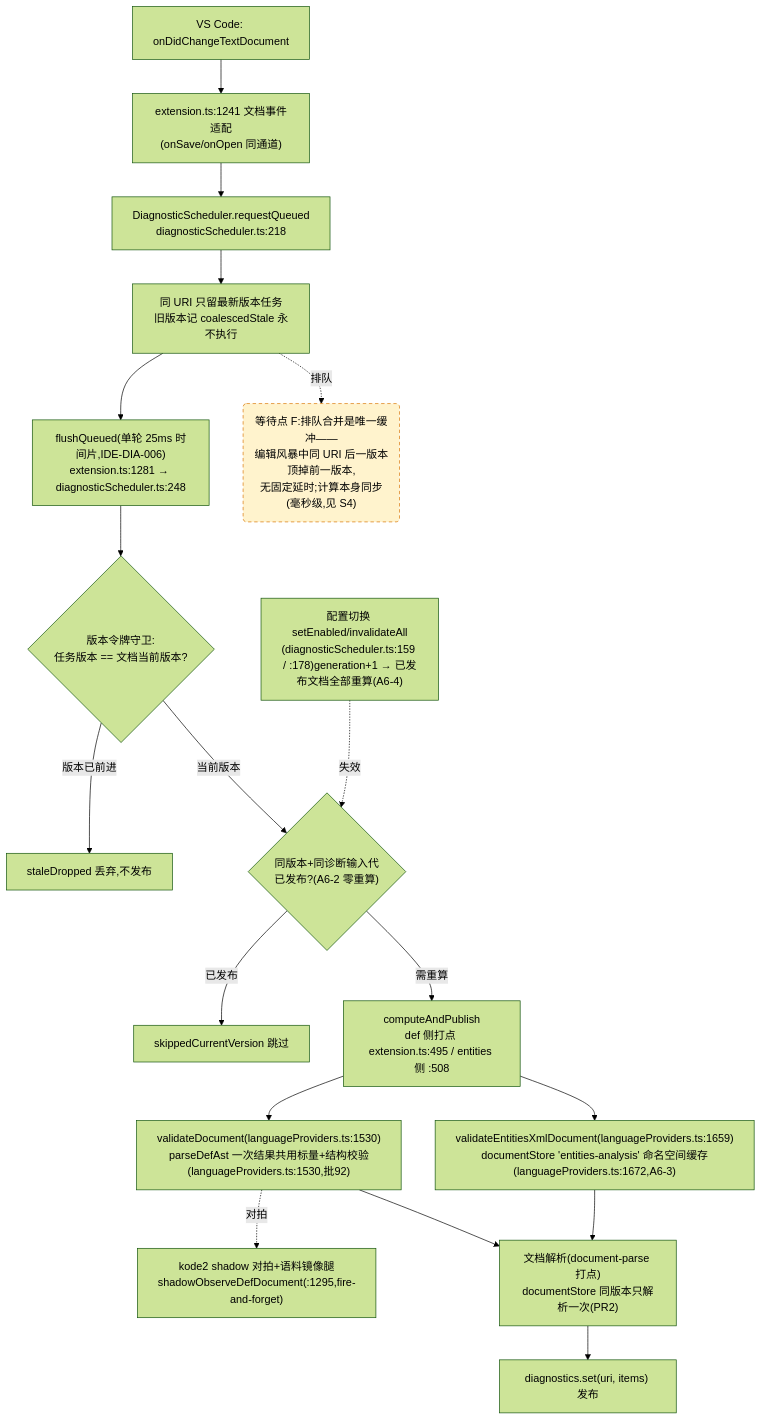
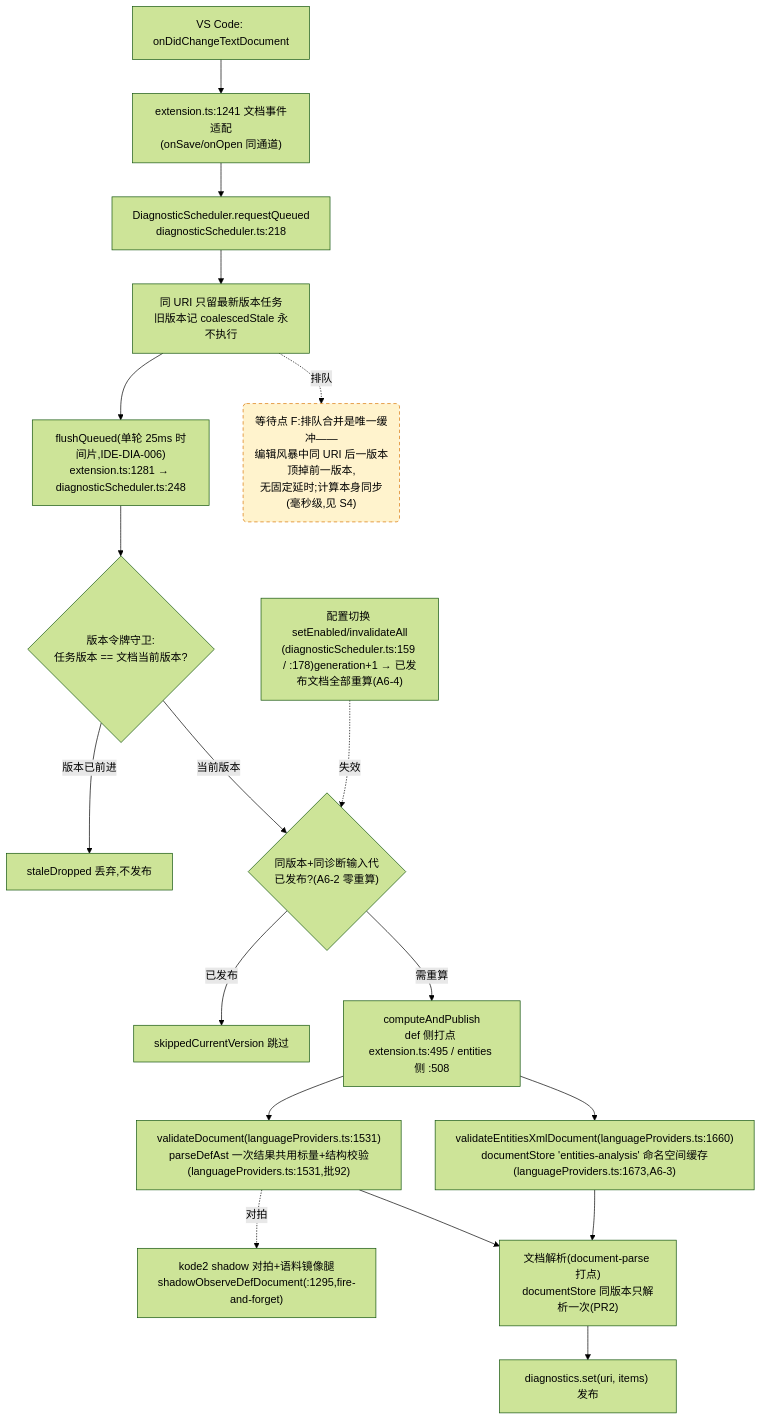
Before and after one commit to cuihairu/kode: the fourth of 4 diagrams in docs/perf/2026-baseline.md, drawn with Mermaid (forest theme). The commit also changed other lines of this file and 4 other files, not shown here.

````diff
--- a/docs/perf/2026-baseline.md
+++ b/docs/perf/2026-baseline.md
@@ -214,38 +214,38 @@
 ```mermaid
 flowchart TD
   CHG["VS Code: onDidChangeTextDocument"]
   WATCH["extension.ts:1241 文档事件适配<br/>(onSave/onOpen 同通道)"]
   RQ["DiagnosticScheduler.requestQueued<br/>diagnosticScheduler.ts:218"]
   CO["同 URI 只留最新版本任务<br/>旧版本记 coalescedStale 永不执行"]
   FL["flushQueued(单轮 25ms 时间片,IDE-DIA-006)<br/>extension.ts:1281 → diagnosticScheduler.ts:248"]
   VG{"版本令牌守卫:<br/>任务版本 == 文档当前版本?"}
   DROP["staleDropped 丢弃,不发布"]
   GEN{"同版本+同诊断输入代<br/>已发布?(A6-2 零重算)"}
   SKIP["skippedCurrentVersion 跳过"]
   CALC["computeAndPublish<br/>def 侧打点 extension.ts:495 / entities 侧 :508"]
-  VD["validateDocument(languageProviders.ts:1530)<br/>parseDefAst 一次结果共用标量+结构校验(languageProviders.ts:1530,批92)"]
-  VEX["validateEntitiesXmlDocument(languageProviders.ts:1659)<br/>documentStore 'entities-analysis' 命名空间缓存(languageProviders.ts:1672,A6-3)"]
+  VD["validateDocument(languageProviders.ts:1531)<br/>parseDefAst 一次结果共用标量+结构校验(languageProviders.ts:1531,批92)"]
+  VEX["validateEntitiesXmlDocument(languageProviders.ts:1660)<br/>documentStore 'entities-analysis' 命名空间缓存(languageProviders.ts:1673,A6-3)"]
   SHDD["kode2 shadow 对拍+语料镜像腿<br/>shadowObserveDefDocument(:1295,fire-and-forget)"]
   DS["文档解析(document-parse 打点)<br/>documentStore 同版本只解析一次(PR2)"]
   PUB["diagnostics.set(uri, items) 发布"]
   CFG2["配置切换 setEnabled/invalidateAll<br/>(diagnosticScheduler.ts:159 / :178)generation+1 → 已发布文档全部重算(A6-4)"]
 
   CHG --> WATCH --> RQ --> CO --> FL --> VG
   VG -- "版本已前进" --> DROP
   VG -- "当前版本" --> GEN
   GEN -- "已发布" --> SKIP
   GEN -- "需重算" --> CALC
   CALC --> VD
   CALC --> VEX
   VD --> DS
   VEX --> DS
   DS --> PUB
   VD -.->|对拍| SHDD
   CFG2 -.->|失效| GEN
 
   WAITF("等待点 F:排队合并是唯一缓冲——<br/>编辑风暴中同 URI 后一版本顶掉前一版本,<br/>无固定延时;计算本身同步(毫秒级,见 S4)")
   CO -.->|排队| WAITF
 
   classDef waitPoint fill:#fff3cd,stroke:#d97706,stroke-dasharray:5 4;
   class WAITF waitPoint;
 ```
````
